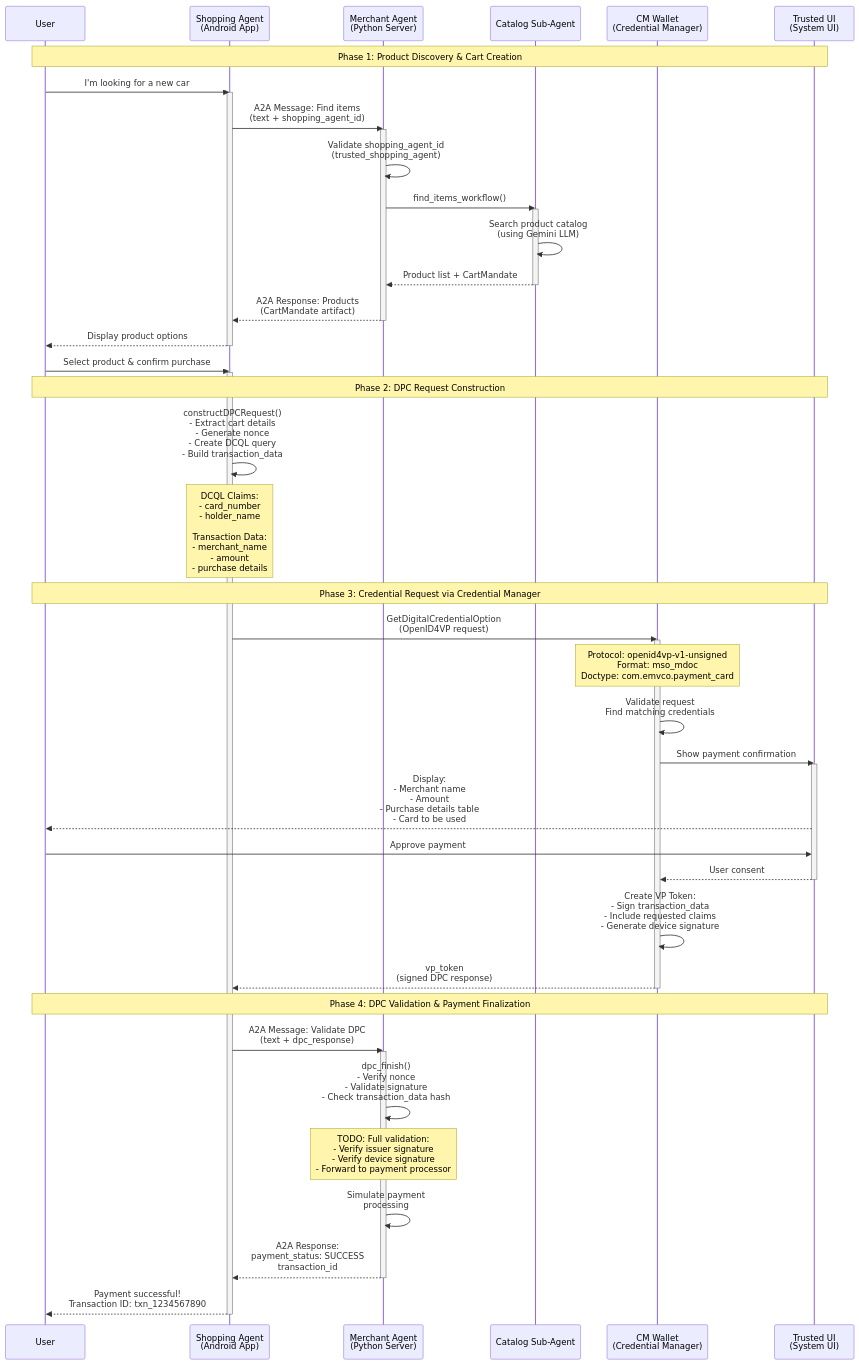
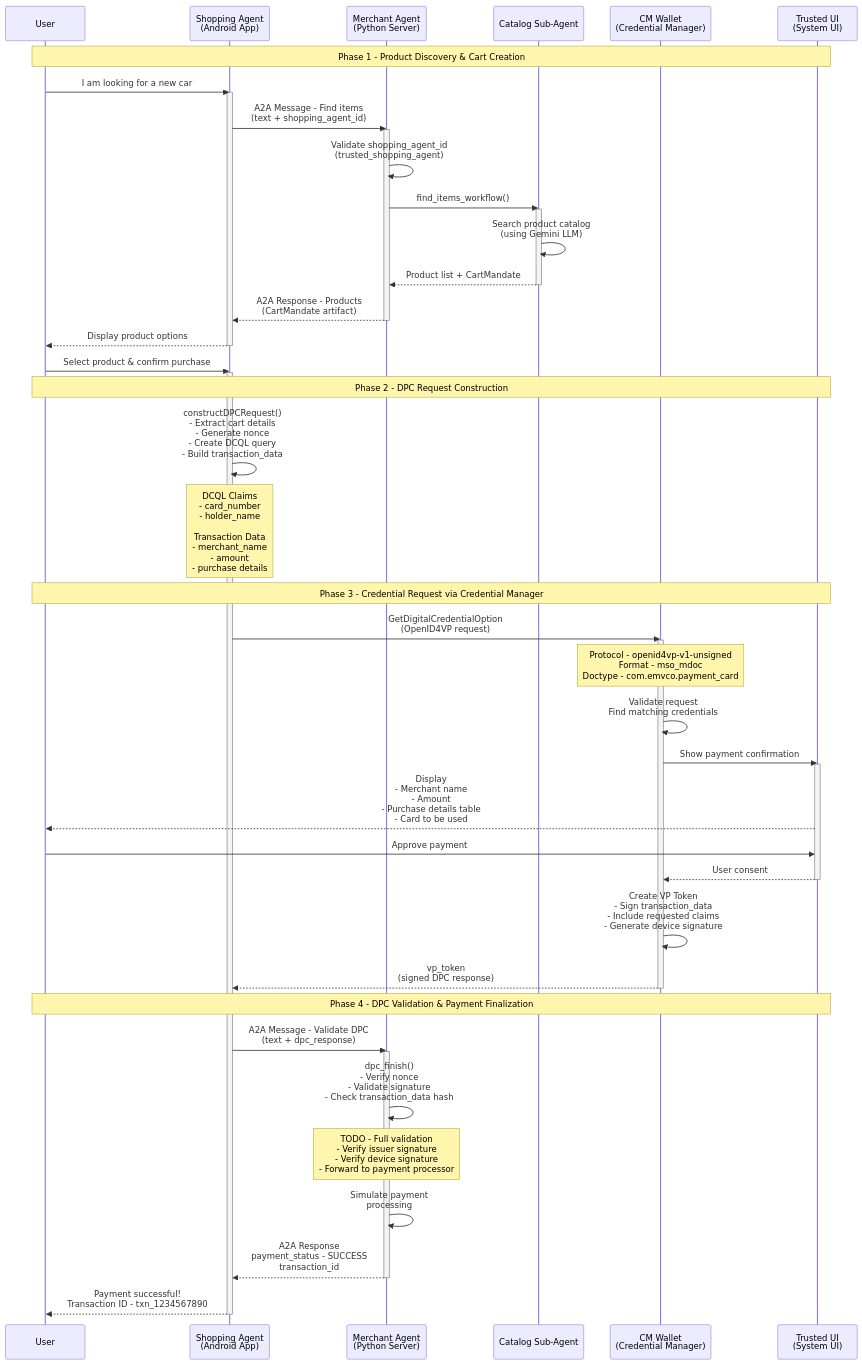
One commit to kukgini/kukgini.github.io changed the second of 4 diagrams in src/ap2/ap2-samples.md. Above: the diagram before and after it, drawn with Mermaid.

Commit message:
Fix Mermaid syntax errors by replacing colons with hyphens

````diff
--- a/src/ap2/ap2-samples.md
+++ b/src/ap2/ap2-samples.md
@@ -192,12 +192,12 @@
     participant CMWallet as CM Wallet<br/>(Credential Manager)
     participant TrustedUI as Trusted UI<br/>(System UI)
 
-    Note over User,TrustedUI: Phase 1: Product Discovery & Cart Creation
+    Note over User,TrustedUI: Phase 1 - Product Discovery & Cart Creation
 
-    User->>ShoppingAgent: I'm looking for a new car
+    User->>ShoppingAgent: I am looking for a new car
     activate ShoppingAgent
 
-    ShoppingAgent->>MerchantAgent: A2A Message: Find items<br/>(text + shopping_agent_id)
+    ShoppingAgent->>MerchantAgent: A2A Message - Find items<br/>(text + shopping_agent_id)
     activate MerchantAgent
 
     MerchantAgent->>MerchantAgent: Validate shopping_agent_id<br/>(trusted_shopping_agent)
@@ -210,7 +210,7 @@
     CatalogAgent-->>MerchantAgent: Product list + CartMandate
     deactivate CatalogAgent
 
-    MerchantAgent-->>ShoppingAgent: A2A Response: Products<br/>(CartMandate artifact)
+    MerchantAgent-->>ShoppingAgent: A2A Response - Products<br/>(CartMandate artifact)
     deactivate MerchantAgent
 
     ShoppingAgent-->>User: Display product options
@@ -219,50 +219,50 @@
     User->>ShoppingAgent: Select product & confirm purchase
     activate ShoppingAgent
 
-    Note over User,TrustedUI: Phase 2: DPC Request Construction
+    Note over User,TrustedUI: Phase 2 - DPC Request Construction
 
     ShoppingAgent->>ShoppingAgent: constructDPCRequest()<br/>- Extract cart details<br/>- Generate nonce<br/>- Create DCQL query<br/>- Build transaction_data
 
-    Note over ShoppingAgent: DCQL Claims:<br/>- card_number<br/>- holder_name<br/><br/>Transaction Data:<br/>- merchant_name<br/>- amount<br/>- purchase details
+    Note over ShoppingAgent: DCQL Claims<br/>- card_number<br/>- holder_name<br/><br/>Transaction Data<br/>- merchant_name<br/>- amount<br/>- purchase details
 
-    Note over User,TrustedUI: Phase 3: Credential Request via Credential Manager
+    Note over User,TrustedUI: Phase 3 - Credential Request via Credential Manager
 
     ShoppingAgent->>CMWallet: GetDigitalCredentialOption<br/>(OpenID4VP request)
     activate CMWallet
 
-    Note over CMWallet: Protocol: openid4vp-v1-unsigned<br/>Format: mso_mdoc<br/>Doctype: com.emvco.payment_card
+    Note over CMWallet: Protocol - openid4vp-v1-unsigned<br/>Format - mso_mdoc<br/>Doctype - com.emvco.payment_card
 
     CMWallet->>CMWallet: Validate request<br/>Find matching credentials
 
     CMWallet->>TrustedUI: Show payment confirmation
     activate TrustedUI
 
-    TrustedUI-->>User: Display:<br/>- Merchant name<br/>- Amount<br/>- Purchase details table<br/>- Card to be used
+    TrustedUI-->>User: Display<br/>- Merchant name<br/>- Amount<br/>- Purchase details table<br/>- Card to be used
 
     User->>TrustedUI: Approve payment
 
     TrustedUI-->>CMWallet: User consent
     deactivate TrustedUI
 
-    CMWallet->>CMWallet: Create VP Token:<br/>- Sign transaction_data<br/>- Include requested claims<br/>- Generate device signature
+    CMWallet->>CMWallet: Create VP Token<br/>- Sign transaction_data<br/>- Include requested claims<br/>- Generate device signature
 
     CMWallet-->>ShoppingAgent: vp_token<br/>(signed DPC response)
     deactivate CMWallet
 
-    Note over User,TrustedUI: Phase 4: DPC Validation & Payment Finalization
+    Note over User,TrustedUI: Phase 4 - DPC Validation & Payment Finalization
 
-    ShoppingAgent->>MerchantAgent: A2A Message: Validate DPC<br/>(text + dpc_response)
+    ShoppingAgent->>MerchantAgent: A2A Message - Validate DPC<br/>(text + dpc_response)
     activate MerchantAgent
 
     MerchantAgent->>MerchantAgent: dpc_finish()<br/>- Verify nonce<br/>- Validate signature<br/>- Check transaction_data hash
 
-    Note over MerchantAgent: TODO: Full validation:<br/>- Verify issuer signature<br/>- Verify device signature<br/>- Forward to payment processor
+    Note over MerchantAgent: TODO - Full validation<br/>- Verify issuer signature<br/>- Verify device signature<br/>- Forward to payment processor
 
     MerchantAgent->>MerchantAgent: Simulate payment<br/>processing
 
-    MerchantAgent-->>ShoppingAgent: A2A Response:<br/>payment_status: SUCCESS<br/>transaction_id
+    MerchantAgent-->>ShoppingAgent: A2A Response<br/>payment_status - SUCCESS<br/>transaction_id
     deactivate MerchantAgent
 
-    ShoppingAgent-->>User: Payment successful!<br/>Transaction ID: txn_1234567890
+    ShoppingAgent-->>User: Payment successful!<br/>Transaction ID - txn_1234567890
     deactivate ShoppingAgent
 ```
````
